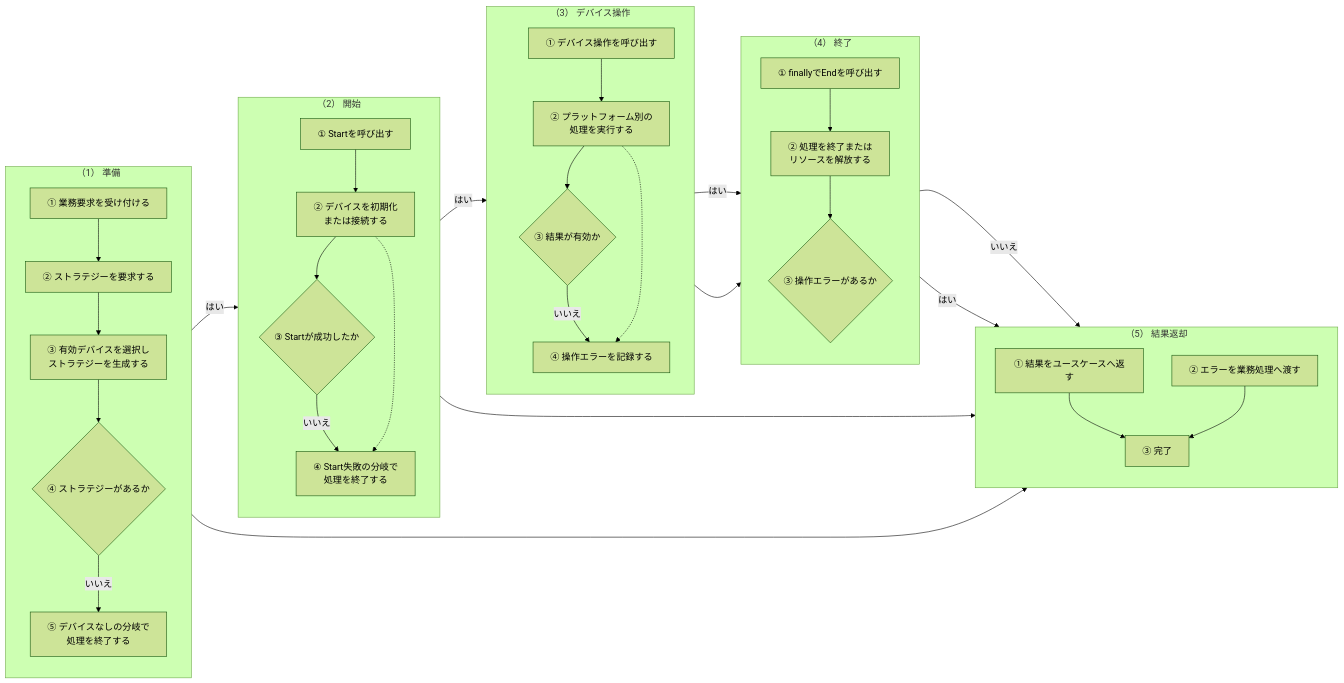
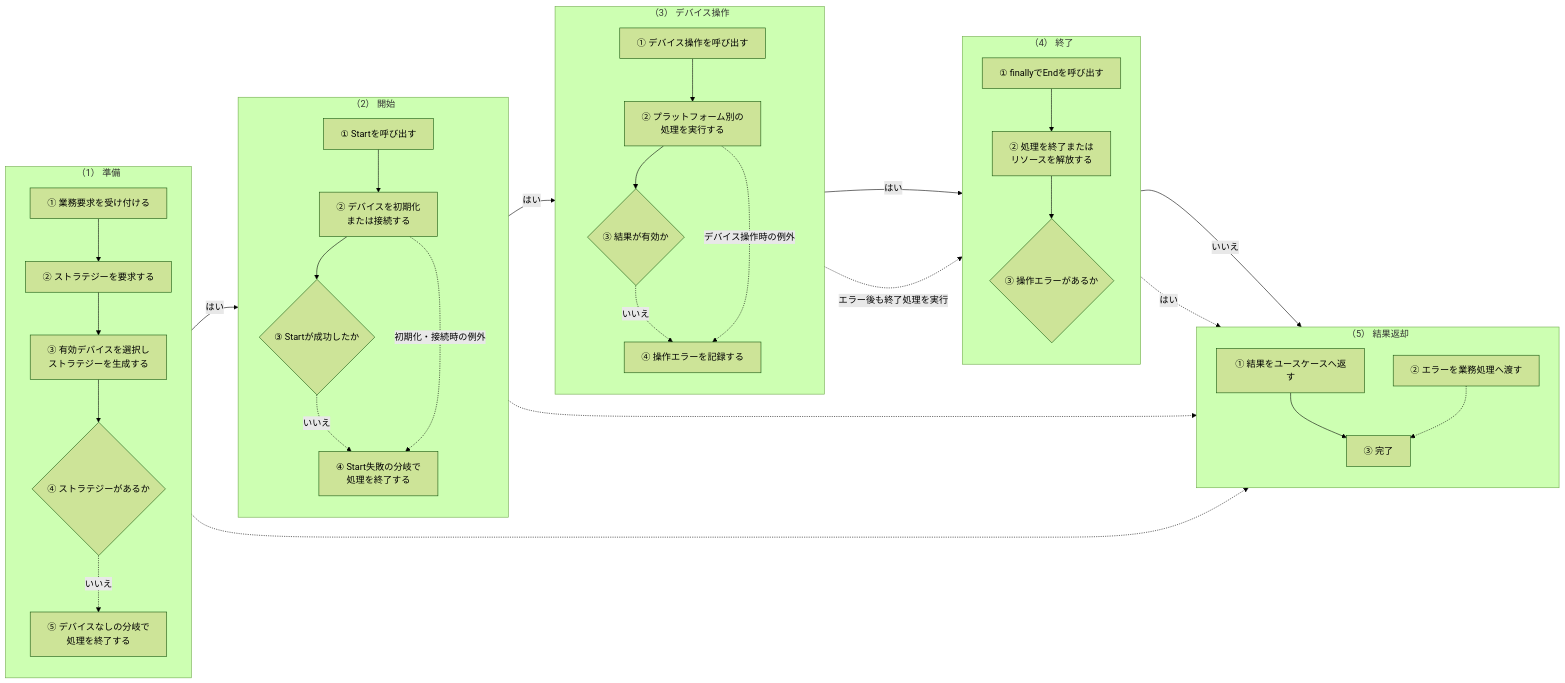
One commit to vti-sam/smj-ks-pos-stored changed the diagram in artifacts/reports/implementation-examples/EX-DEVICE-01_次世代POS_デバイス制御実装例集/EX-DEVICE-01_次世代POS_デバイス制御実装例集.md. Above: the diagram before and after it, drawn with Mermaid (forest theme). The commit also changed other lines of this file and 99 other files, not shown here.

````diff
--- a/artifacts/reports/implementation-examples/EX-DEVICE-01_次世代POS_デバイス制御実装例集/EX-DEVICE-01_次世代POS_デバイス制御実装例集.md
+++ b/artifacts/reports/implementation-examples/EX-DEVICE-01_次世代POS_デバイス制御実装例集/EX-DEVICE-01_次世代POS_デバイス制御実装例集.md
@@ -144,72 +133,72 @@
 ```mermaid
 %% diagram-profile=operational-scenario
 %% legend-bind container=処理フェーズ
 %% legend-bind class.app=アプリ処理
 %% legend-bind class.control=制御処理
 %% legend-bind class.decision=判定
 %% legend-bind class.error=異常処理
 %% legend-bind edge.default=主処理
 %% legend-bind edge.dashed=異常経路
 %% legend-bind label=ラベル
 flowchart LR
-  subgraph PREPARE["（1） 準備"]
-    direction TB
-    PREPARE_REQUEST["① 業務要求を受け付ける"]
-    PREPARE_GET["② ストラテジーを要求する"]
-    PREPARE_SELECT["③ 有効デバイスを選択し<br/>ストラテジーを生成する"]
-    PREPARE_EXISTS{"④ ストラテジーがあるか"}
-    PREPARE_UNAVAILABLE["⑤ デバイスなしの分岐で<br/>処理を終了する"]
-  end
-  subgraph START_PHASE["（2） 開始"]
-    direction TB
-    START_CALL["① Startを呼び出す"]
-    START_DEVICE["② デバイスを初期化<br/>または接続する"]
-    START_OK{"③ Startが成功したか"}
-    START_ERROR["④ Start失敗の分岐で<br/>処理を終了する"]
-  end
-  subgraph DEVICE_ACTION["（3） デバイス操作"]
-    direction TB
-    ACTION_CALL["① デバイス操作を呼び出す"]
-    ACTION_EXECUTE["② プラットフォーム別の<br/>処理を実行する"]
-    ACTION_OK{"③ 結果が有効か"}
-    ACTION_ERROR["④ 操作エラーを記録する"]
-  end
-  subgraph FINISH["（4） 終了"]
-    direction TB
-    FINISH_CALL["① finallyでEndを呼び出す"]
-    FINISH_DEVICE["② 処理を終了または<br/>リソースを解放する"]
-    FINISH_ERROR{"③ 操作エラーがあるか"}
-  end
-  subgraph RESULT["（5） 結果返却"]
-    direction TB
-    RESULT_SUCCESS["① 結果をユースケースへ返す"]
-    RESULT_FAILURE["② エラーを業務処理へ渡す"]
-    RESULT_COMPLETE["③ 完了"]
-  end
+ subgraph PREPARE["（1） 準備"]
+ direction TB
+ PREPARE_REQUEST["① 業務要求を受け付ける"]
+ PREPARE_GET["② ストラテジーを要求する"]
+ PREPARE_SELECT["③ 有効デバイスを選択し<br/>ストラテジーを生成する"]
+ PREPARE_EXISTS{"④ ストラテジーがあるか"}
+ PREPARE_UNAVAILABLE["⑤ デバイスなしの分岐で<br/>処理を終了する"]
+ end
+ subgraph START_PHASE["（2） 開始"]
+ direction TB
+ START_CALL["① Startを呼び出す"]
+ START_DEVICE["② デバイスを初期化<br/>または接続する"]
+ START_OK{"③ Startが成功したか"}
+ START_ERROR["④ Start失敗の分岐で<br/>処理を終了する"]
+ end
+ subgraph DEVICE_ACTION["（3） デバイス操作"]
+ direction TB
+ ACTION_CALL["① デバイス操作を呼び出す"]
+ ACTION_EXECUTE["② プラットフォーム別の<br/>処理を実行する"]
+ ACTION_OK{"③ 結果が有効か"}
+ ACTION_ERROR["④ 操作エラーを記録する"]
+ end
+ subgraph FINISH["（4） 終了"]
+ direction TB
+ FINISH_CALL["① finallyでEndを呼び出す"]
+ FINISH_DEVICE["② 処理を終了または<br/>リソースを解放する"]
+ FINISH_ERROR{"③ 操作エラーがあるか"}
+ end
+ subgraph RESULT["（5） 結果返却"]
+ direction TB
+ RESULT_SUCCESS["① 結果をユースケースへ返す"]
+ RESULT_FAILURE["② エラーを業務処理へ渡す"]
+ RESULT_COMPLETE["③ 完了"]
+ end
 
-  PREPARE_REQUEST --> PREPARE_GET --> PREPARE_SELECT --> PREPARE_EXISTS
-  PREPARE_EXISTS -->|はい| START_CALL
-  PREPARE_EXISTS -->|いいえ| PREPARE_UNAVAILABLE
-  PREPARE_UNAVAILABLE --> RESULT_COMPLETE
-  START_CALL --> START_DEVICE --> START_OK
-  START_OK -->|はい| ACTION_CALL
-  START_OK -->|いいえ| START_ERROR
-  START_DEVICE -.-> START_ERROR
-  START_ERROR --> RESULT_COMPLETE
-  ACTION_CALL --> ACTION_EXECUTE --> ACTION_OK
-  ACTION_OK -->|はい| FINISH_CALL
-  ACTION_OK -->|いいえ| ACTION_ERROR
-  ACTION_EXECUTE -.-> ACTION_ERROR
-  ACTION_ERROR --> FINISH_CALL
-  FINISH_CALL --> FINISH_DEVICE --> FINISH_ERROR
-  FINISH_ERROR -->|いいえ| RESULT_SUCCESS
-  FINISH_ERROR -->|はい| RESULT_FAILURE
-  RESULT_SUCCESS --> RESULT_COMPLETE
-  RESULT_FAILURE --> RESULT_COMPLETE
+ PREPARE_REQUEST --> PREPARE_GET --> PREPARE_SELECT --> PREPARE_EXISTS
+ PREPARE_EXISTS -->|はい| START_CALL
+ PREPARE_EXISTS -.->|いいえ| PREPARE_UNAVAILABLE
+ PREPARE_UNAVAILABLE -.-> RESULT_COMPLETE
+ START_CALL --> START_DEVICE --> START_OK
+ START_OK -->|はい| ACTION_CALL
+ START_OK -.->|いいえ| START_ERROR
+ START_DEVICE -.->|初期化・接続時の例外| START_ERROR
+ START_ERROR -.-> RESULT_COMPLETE
+ ACTION_CALL --> ACTION_EXECUTE --> ACTION_OK
+ ACTION_OK -->|はい| FINISH_CALL
+ ACTION_OK -.->|いいえ| ACTION_ERROR
+ ACTION_EXECUTE -.->|デバイス操作時の例外| ACTION_ERROR
+ ACTION_ERROR -.->|エラー後も終了処理を実行| FINISH_CALL
+ FINISH_CALL --> FINISH_DEVICE --> FINISH_ERROR
+ FINISH_ERROR -->|いいえ| RESULT_SUCCESS
+ FINISH_ERROR -.->|はい| RESULT_FAILURE
+ RESULT_SUCCESS --> RESULT_COMPLETE
+ RESULT_FAILURE -.-> RESULT_COMPLETE
 
-  class PREPARE_REQUEST,PREPARE_GET,START_CALL,ACTION_CALL,ACTION_ERROR,FINISH_CALL,RESULT_SUCCESS app
-  class PREPARE_SELECT,START_DEVICE,ACTION_EXECUTE,FINISH_DEVICE control
-  class PREPARE_EXISTS,START_OK,ACTION_OK,FINISH_ERROR decision
-  class PREPARE_UNAVAILABLE,START_ERROR,RESULT_FAILURE error
-  class RESULT_COMPLETE app
+ class PREPARE_REQUEST,PREPARE_GET,START_CALL,ACTION_CALL,ACTION_ERROR,FINISH_CALL,RESULT_SUCCESS app
+ class PREPARE_SELECT,START_DEVICE,ACTION_EXECUTE,FINISH_DEVICE control
+ class PREPARE_EXISTS,START_OK,ACTION_OK,FINISH_ERROR decision
+ class PREPARE_UNAVAILABLE,START_ERROR,RESULT_FAILURE error
+ class RESULT_COMPLETE app
 ```
````
